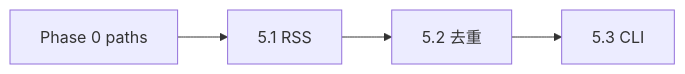
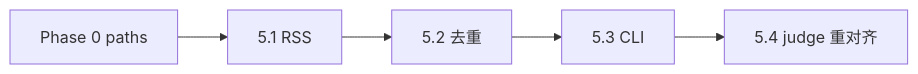
One commit to XYBuilds/themoviecosmos-daily-stargazing changed the diagram in .cursor/plans/Phase5-fetch-news.plan.md. Above: the diagram before and after it, drawn with Mermaid. The commit also changed other lines of this file and 3 other files, not shown here.

````diff
--- a/.cursor/plans/Phase5-fetch-news.plan.md
+++ b/.cursor/plans/Phase5-fetch-news.plan.md
@@ -21,11 +26,13 @@
 ```mermaid
 flowchart LR
   P0["Phase 0 paths"]
   T51["5.1 RSS"]
   T52["5.2 去重"]
   T53["5.3 CLI"]
+  T54["5.4 judge 重对齐"]
 
   P0 --> T51
   T51 --> T52
   T52 --> T53
+  T53 --> T54
 ```
````
